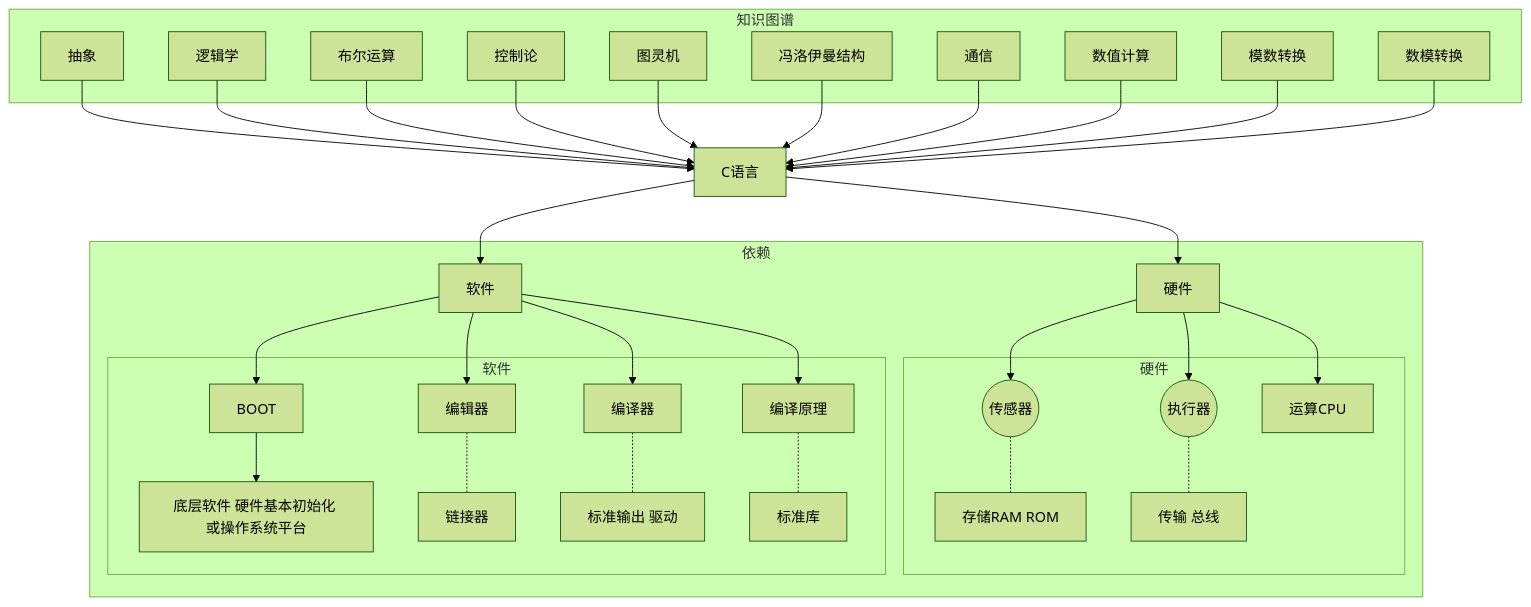
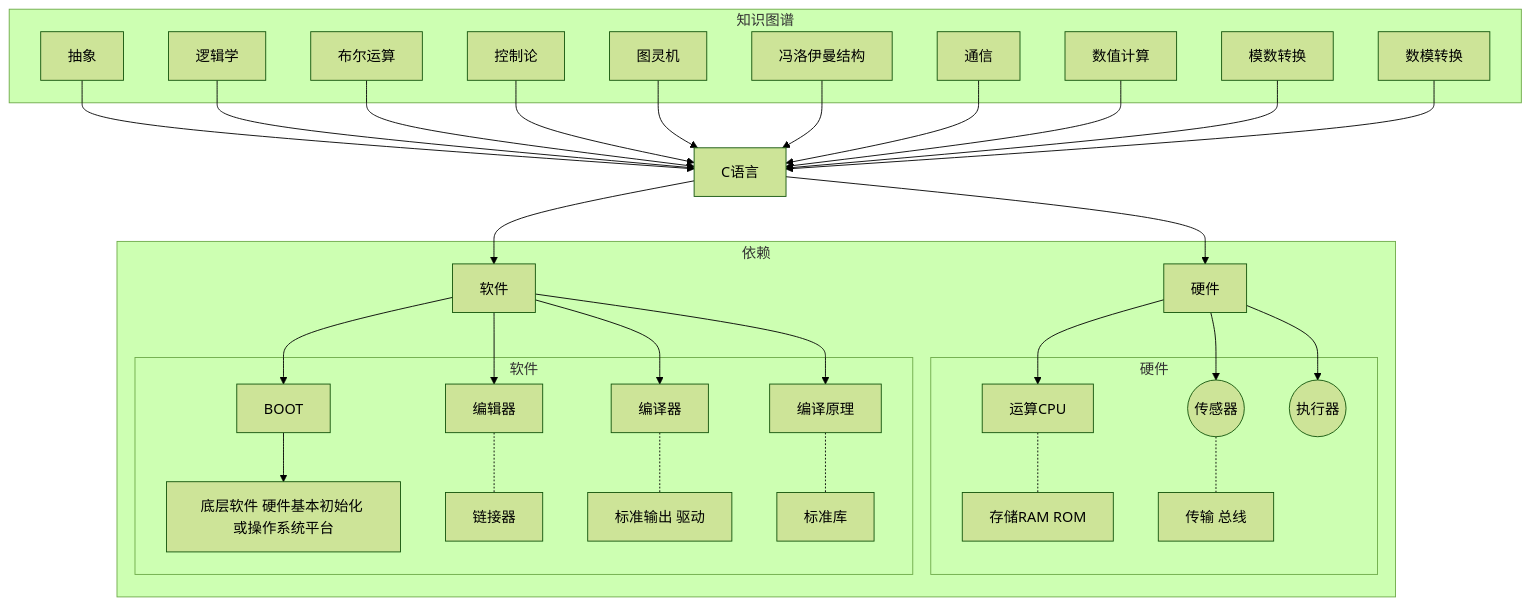
The second of 4 diagrams in 0_doc/02-C语言框架讲解.md (xuan07472/embedded_programming_skills), drawn with Mermaid (forest theme) before and after one commit. The commit also changed other lines of this file, not shown here.

````diff
--- a/0_doc/02-C语言框架讲解.md
+++ b/0_doc/02-C语言框架讲解.md
@@ -31,61 +35,61 @@
 ```mermaid
 graph TB
 subgraph 知识图谱
 D[抽象]
 E[逻辑学]
 F[布尔运算]
 G[控制论]
 H[图灵机]
 I[冯洛伊曼结构]
 J[通信]
 J1[数值计算]
 K[模数转换]
 L[数模转换]
 end
 D --> M[C语言]
 E --> M
 F --> M
 G --> M
 H --> M
 I --> M
 J --> M
 J1 --> M
 K --> M
 L --> M
 subgraph 依赖
     N[硬件]
     subgraph 硬件
-    O((传感器))
-    P((执行器))
-    Q[运算CPU]
+    O[运算CPU]
+    P((传感器))
+    Q((执行器))
 	R[存储RAM ROM]
 	S[传输 总线]
     end
     S1[软件]
     subgraph 软件
     T[BOOT]
     T1[底层软件 硬件基本初始化 或操作系统平台]
     U[编辑器]
     V[编译器]
     W[编译原理]
     X[链接器]
     Y[标准输出 驱动]
     Z[标准库]
     end
 end
 N --> O
 N --> P
 N --> Q
 O -.- R
 P -.- S
 M --> N
 M --> S1
 T --> T1
 U -.- X
 V -.- Y
 W -.- Z
 S1 --> T
 S1 --> U
 S1 --> V
 S1 --> W
 ```
````
